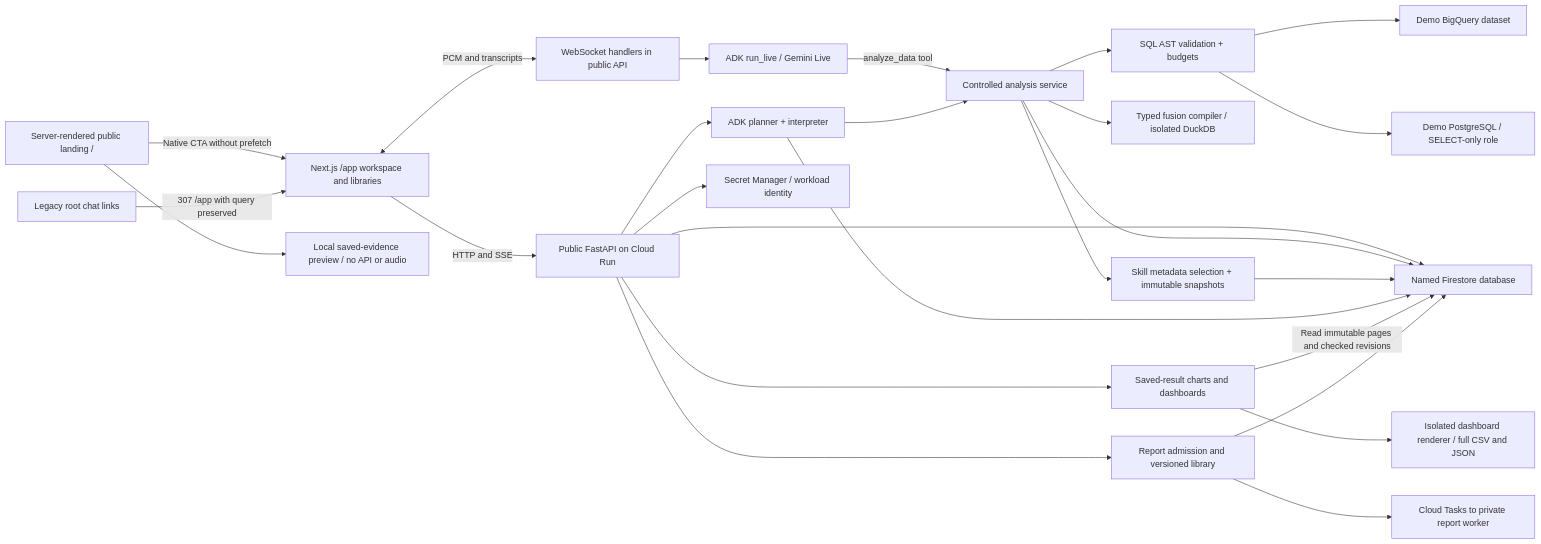
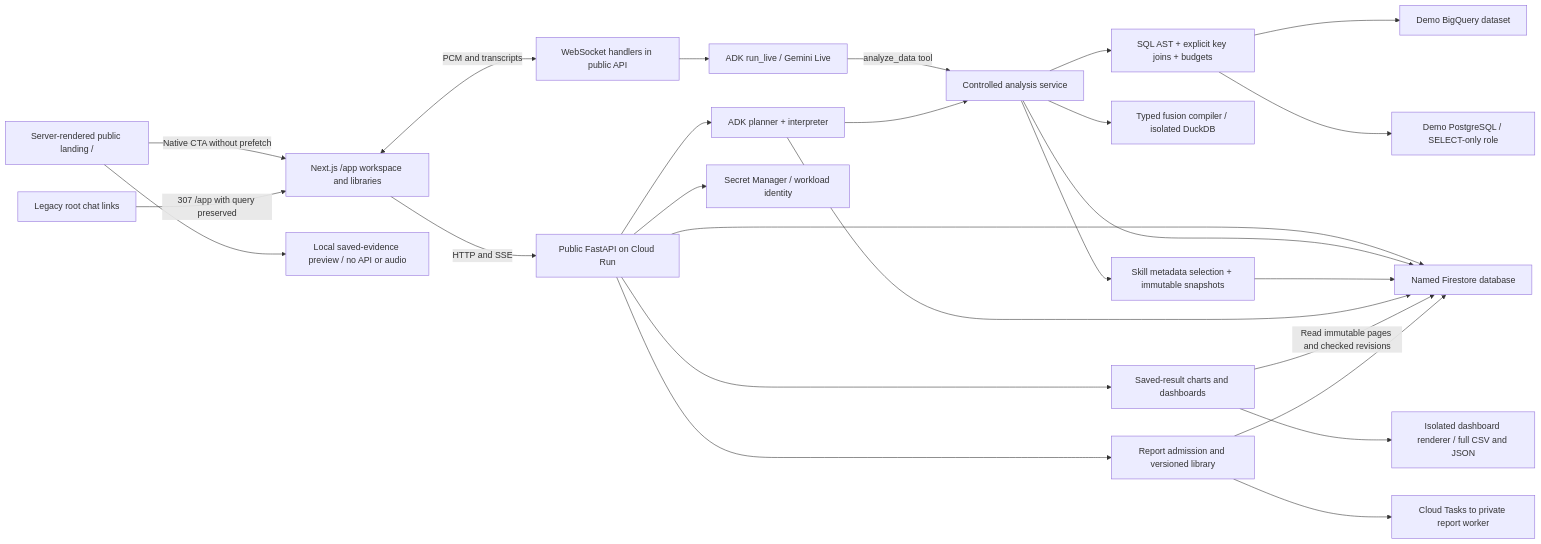
The first of 2 diagrams in docs/architecture.md (RusiruChathushanaka/querylane-agentic-bi), drawn with Mermaid before and after one commit. The commit also changed other lines of this file and 40 other files, not shown here.

````diff
--- a/docs/architecture.md
+++ b/docs/architecture.md
@@ -9,28 +9,28 @@
 ```mermaid
 flowchart LR
     Landing[Server-rendered public landing /] -->|Native CTA without prefetch| Browser[Next.js /app workspace and libraries]
     Landing --> Preview[Local saved-evidence preview / no API or audio]
     Legacy[Legacy root chat links] -->|307 /app with query preserved| Browser
     Browser -->|HTTP and SSE| API[Public FastAPI on Cloud Run]
     Browser <-->|PCM and transcripts| Voice[WebSocket handlers in public API]
     API --> ADK[ADK planner + interpreter]
     Voice --> Live[ADK run_live / Gemini Live]
     Live -->|analyze_data tool| Analysis[Controlled analysis service]
     ADK --> Analysis
-    Analysis --> Guard[SQL AST validation + budgets]
+    Analysis --> Guard[SQL AST + explicit key joins + budgets]
     Guard --> BQ[Demo BigQuery dataset]
     Guard --> PG[Demo PostgreSQL / SELECT-only role]
     Analysis --> Fusion[Typed fusion compiler / isolated DuckDB]
     API --> Store[Named Firestore database]
     Analysis --> Store
     Analysis --> Skills[Skill metadata selection + immutable snapshots]
     Skills --> Store
     ADK --> Store
     API --> Saved[Saved-result charts and dashboards]
     Saved -->|Read immutable pages and checked revisions| Store
     Saved --> Export[Isolated dashboard renderer / full CSV and JSON]
     API --> Reports[Report admission and versioned library]
     Reports --> Store
     Reports --> Dispatch[Cloud Tasks to private report worker]
     API --> Secrets[Secret Manager / workload identity]
 ```
````
